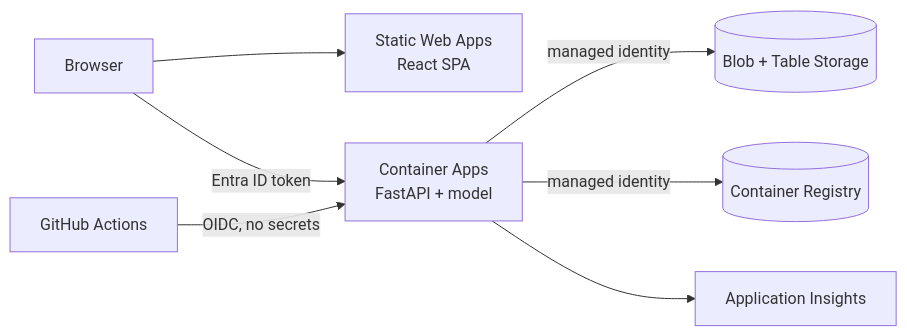
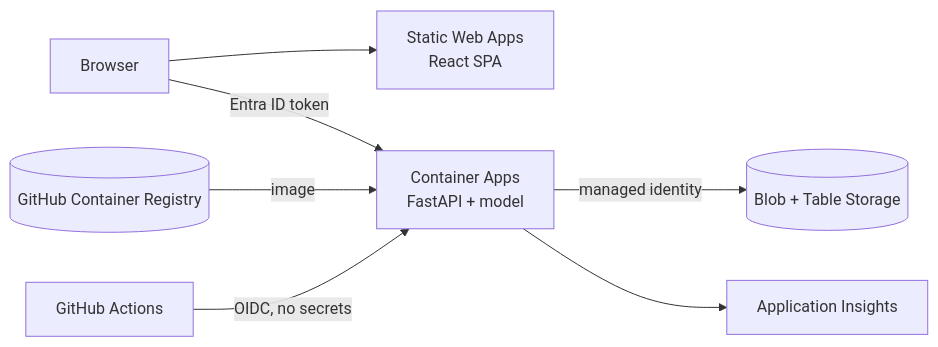
Before and after one commit to Md-Faiz-Alam/Lungs-Disease-Diagnosis: the second of 2 diagrams in README.md, drawn with Mermaid. The commit also changed other lines of this file and 4 other files, not shown here.

First line of the commit message:
Use free GitHub Container Registry and student-subscription defaults

````diff
--- a/README.md
+++ b/README.md
@@ -135,9 +135,9 @@
 ```mermaid
 flowchart LR
     U[Browser] --> SWA[Static Web Apps<br/>React SPA]
     U -->|Entra ID token| CA[Container Apps<br/>FastAPI + model]
     CA -->|managed identity| ST[(Blob + Table Storage)]
-    CA -->|managed identity| ACR[(Container Registry)]
+    GHCR[(GitHub Container Registry)] -->|image| CA
     CA --> AI[Application Insights]
     GH[GitHub Actions] -->|OIDC, no secrets| CA
 ```
````
